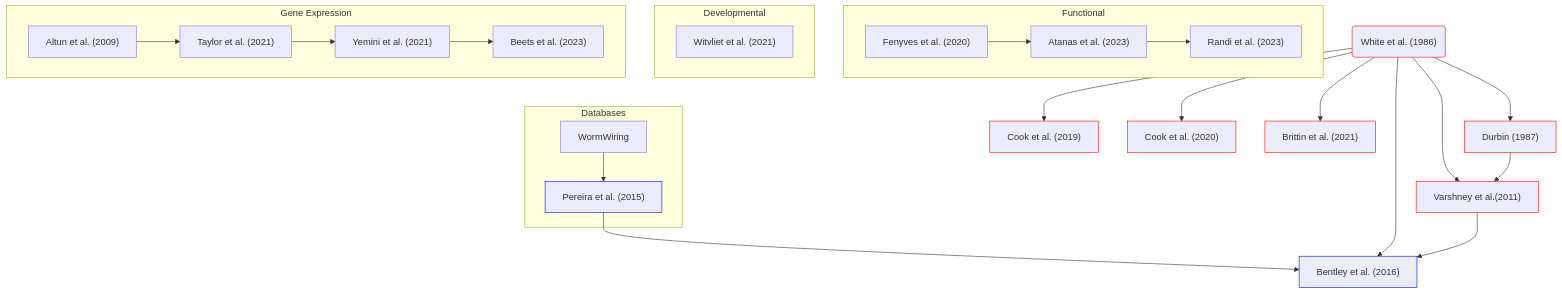
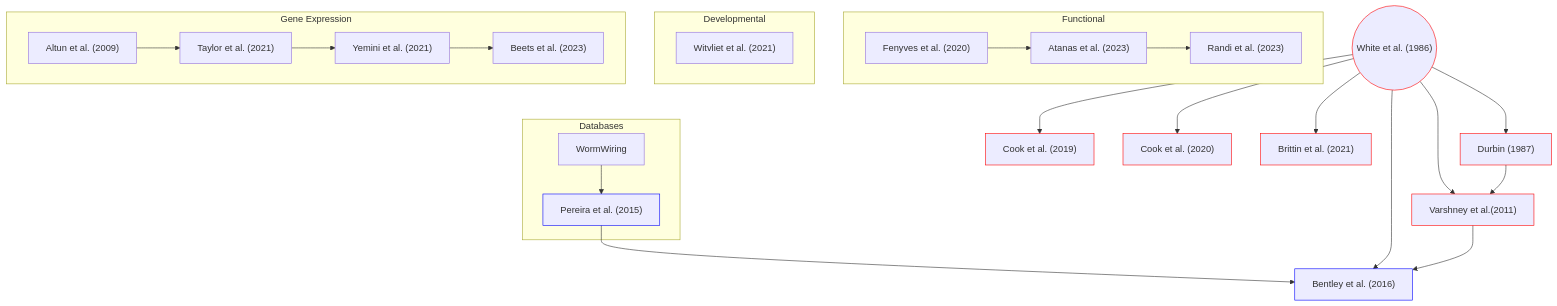
The diagram in README.md (yasinthanvickneswaran/mermaidtest), drawn with Mermaid before and after one commit.

````diff
--- a/README.md
+++ b/README.md
@@ -1,32 +1,32 @@
 ```mermaid
 flowchart TD
     classDef anat stroke:#f00
     classDef gene stroke:#0f0
     classDef es stroke:#00f
 
     subgraph Functional
     H["Fenyves et al. (2020)"] --> O["Atanas et al. (2023)"]
     O --> P["Randi et al. (2023)"]
     end
     subgraph Developmental
     K["Witvliet et al. (2021)"]
     end
     E["Pereira et al. (2015)"]:::es --> F["Bentley et al. (2016)"]:::es
     subgraph Gene Expression
     C["Altun et al. (2009)"] --> L["Taylor et al. (2021)"]
     L --> M["Yemini et al. (2021)"]
     M --> N["Beets et al. (2023)"]
     end
-    A("White et al. (1986)"):::anat --> B["Durbin (1987)"]:::anat
+    A(("White et al. (1986)")):::anat --> B["Durbin (1987)"]:::anat
     classDef anatomical fill:#f93
     A --> D["Varshney et al.(2011)"]:::anat
     B --> D
     A --> G["Cook et al. (2019)"]:::anat
     A --> I["Cook et al. (2020)"]:::anat
     A --> J["Brittin et al. (2021)"]:::anat
     A --> F
     D --> F
     subgraph Databases
     DB1["WormWiring"] --> E
     end
 ```
````
